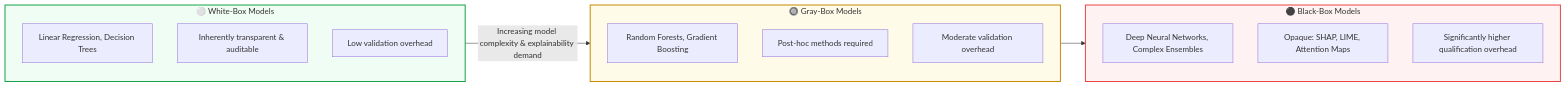
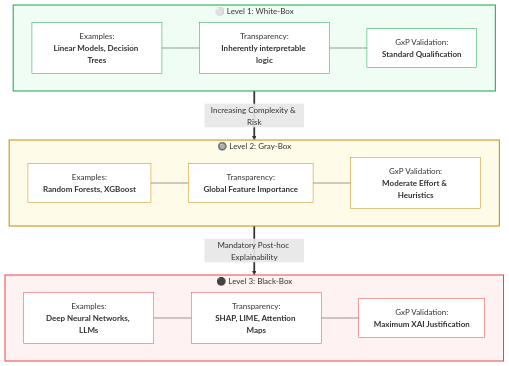
Before and after one commit to Lunaman06/Annex22: the diagram in docs/en/module_09_explainability_transparency.md, drawn with Mermaid. The commit also changed other lines of this file and 29 other files, not shown here.

Commit message:
style(docs): optimize mermaid diagram aspect ratios, edge flows and legibility across all DE and EN modules

````diff
--- a/docs/en/module_09_explainability_transparency.md
+++ b/docs/en/module_09_explainability_transparency.md
@@ -23,30 +23,42 @@
 ```mermaid
-graph LR
-    subgraph WhiteBox["⚪ White-Box Models"]
-        direction TB
-        W1["Linear Regression, Decision Trees"]
-        W2["Inherently transparent & auditable"]
-        W3["Low validation overhead"]
+flowchart TD
+    subgraph WhiteBox["⚪ Level 1: White-Box"]
+        direction LR
+        W1["Examples:<br/><b>Linear Models, Decision Trees</b>"]
+        W2["Transparency:<br/><b>Inherently interpretable logic</b>"]
+        W3["GxP Validation:<br/><b>Standard Qualification</b>"]
+        W1 --- W2 --- W3
     end
 
-    subgraph GrayBox["🔘 Gray-Box Models"]
-        direction TB
-        G1["Random Forests, Gradient Boosting"]
-        G2["Post-hoc methods required"]
-        G3["Moderate validation overhead"]
+    subgraph GrayBox["🔘 Level 2: Gray-Box"]
+        direction LR
+        G1["Examples:<br/><b>Random Forests, XGBoost</b>"]
+        G2["Transparency:<br/><b>Global Feature Importance</b>"]
+        G3["GxP Validation:<br/><b>Moderate Effort & Heuristics</b>"]
+        G1 --- G2 --- G3
     end
 
-    subgraph BlackBox["⚫ Black-Box Models"]
-        direction TB
-        B1["Deep Neural Networks, Complex Ensembles"]
-        B2["Opaque: SHAP, LIME, Attention Maps"]
-        B3["Significantly higher qualification overhead"]
+    subgraph BlackBox["⚫ Level 3: Black-Box"]
+        direction LR
+        B1["Examples:<br/><b>Deep Neural Networks, LLMs</b>"]
+        B2["Transparency:<br/><b>SHAP, LIME, Attention Maps</b>"]
+        B3["GxP Validation:<br/><b>Maximum XAI Justification</b>"]
+        B1 --- B2 --- B3
     end
 
-    WhiteBox -->|Increasing model complexity & explainability demand| GrayBox
-    GrayBox --> BlackBox
+    WhiteBox ==>|"Increasing Complexity & Risk"| GrayBox
+    GrayBox ==>|"Mandatory Post-hoc Explainability"| BlackBox
 
     style WhiteBox fill:#f0fdf4,stroke:#16a34a,stroke-width:2px
     style GrayBox fill:#fefce8,stroke:#ca8a04,stroke-width:2px
     style BlackBox fill:#fef2f2,stroke:#ef4444,stroke-width:2px
+    style W1 fill:#ffffff,stroke:#16a34a,stroke-width:1px
+    style W2 fill:#ffffff,stroke:#16a34a,stroke-width:1px
+    style W3 fill:#ffffff,stroke:#16a34a,stroke-width:1px
+    style G1 fill:#ffffff,stroke:#ca8a04,stroke-width:1px
+    style G2 fill:#ffffff,stroke:#ca8a04,stroke-width:1px
+    style G3 fill:#ffffff,stroke:#ca8a04,stroke-width:1px
+    style B1 fill:#ffffff,stroke:#ef4444,stroke-width:1px
+    style B2 fill:#ffffff,stroke:#ef4444,stroke-width:1px
+    style B3 fill:#ffffff,stroke:#ef4444,stroke-width:1px
 ```
````
